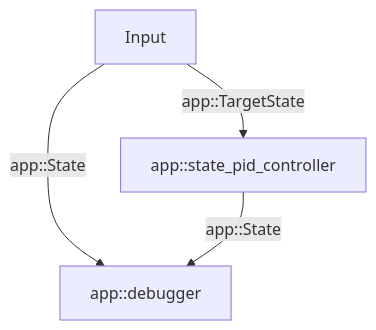
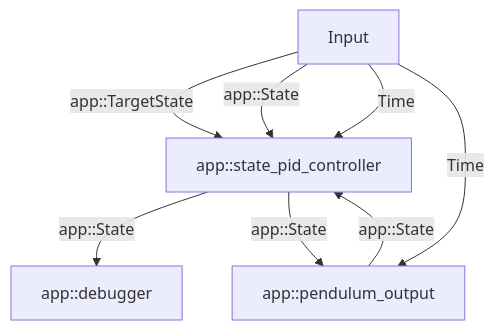
Before and after one commit to actuate-rs/actuate: the diagram in README.md, drawn with Mermaid. The commit also changed other lines of this file and 1 other file, not shown here.

````diff
--- a/README.md
+++ b/README.md
@@ -32,9 +32,15 @@
 ```mermaid
 graph TD
   Input[Input] --> |"app::TargetState"| A
-  Input[Input] --> |"app::State"| B
-  B["app::debugger"]
+  Input[Input] --> |"app::State"| A
+
+  Input[Input] --> |"Time"| A
+  Input[Input] --> |"Time"| C
+  
   A["app::state_pid_controller"]
   A --> |"app::State"| B
+  A --> |"app::State"| C
   B["app::debugger"]
+  C["app::pendulum_output"]
+  C --> |"app::State"| A
 ```
````
